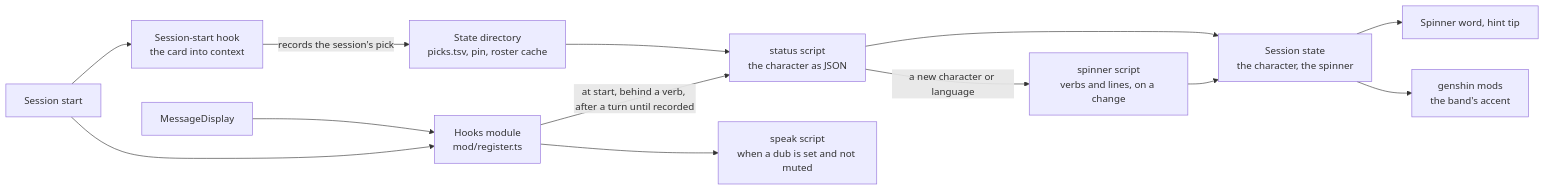
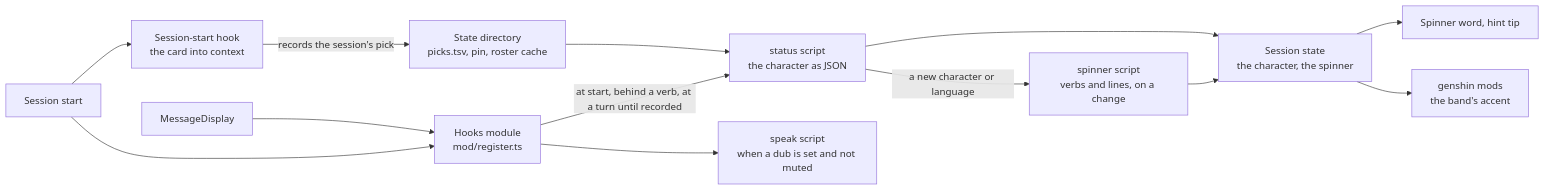
One commit to Esposter/Esposter changed the sixth of 6 diagrams in apps/web/content/docs/infra/claude-interface/persona-plugin.md. Above: the diagram before and after it, drawn with Mermaid. The commit also changed other lines of this file and 8 other files, not shown here.

````diff
--- a/apps/web/content/docs/infra/claude-interface/persona-plugin.md
+++ b/apps/web/content/docs/infra/claude-interface/persona-plugin.md
@@ -277,27 +277,27 @@
 ```mermaid
 flowchart LR
     Start["Session start"]
     Hook["Session-start hook<br/>the card into context"]
     Module["Hooks module<br/>mod/register.ts"]
     Status["status script<br/>the character as JSON"]
     SpinnerScript["spinner script<br/>verbs and lines, on a change"]
     Records["State directory<br/>picks.tsv, pin, roster cache"]
     State["Session state<br/>the character, the spinner"]
     Spinner["Spinner word, hint tip"]
     Mods["genshin mods<br/>the band's accent"]
     Display["MessageDisplay"]
     Speak["speak script<br/>when a dub is set and not muted"]
 
     Start --> Hook
     Start --> Module
     Hook -->|records the session's pick| Records
-    Module -->|at start, behind a verb, after a turn until recorded| Status
+    Module -->|at start, behind a verb, at a turn until recorded| Status
     Records --> Status
     Status --> State
     Status -->|a new character or language| SpinnerScript
     SpinnerScript --> State
     State --> Spinner
     State --> Mods
     Display --> Module
     Module --> Speak
 ```
````
